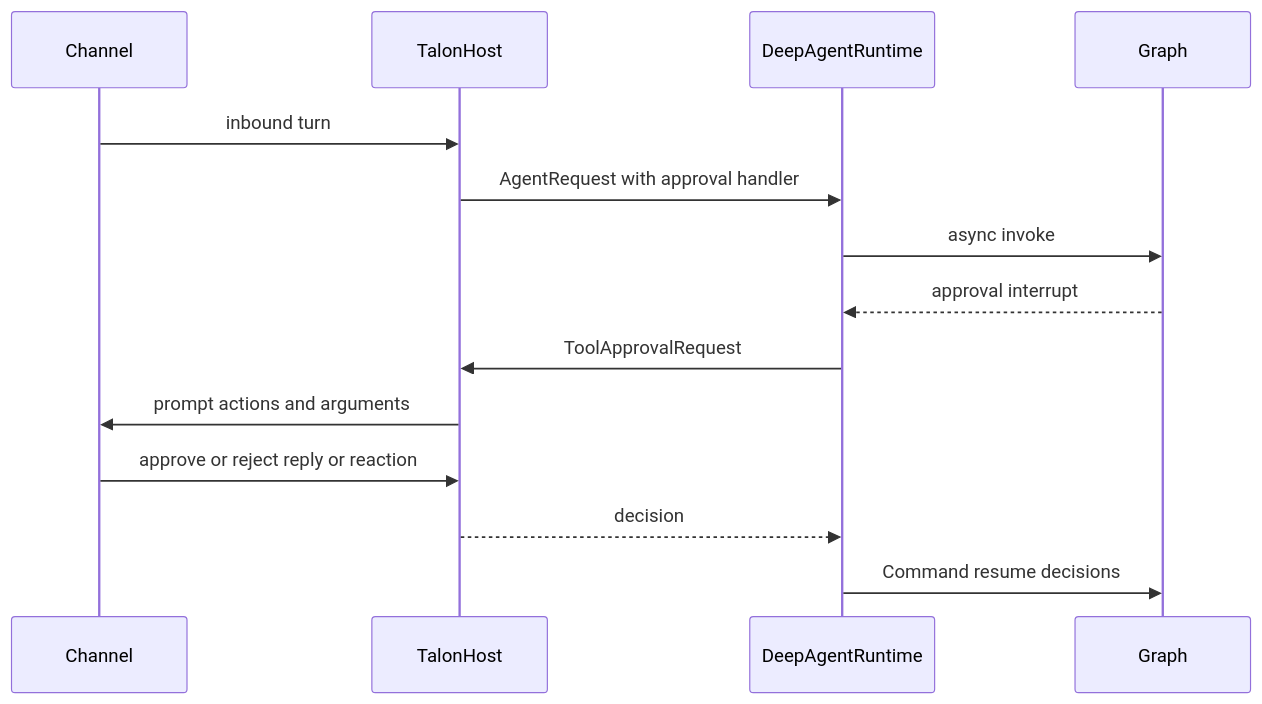
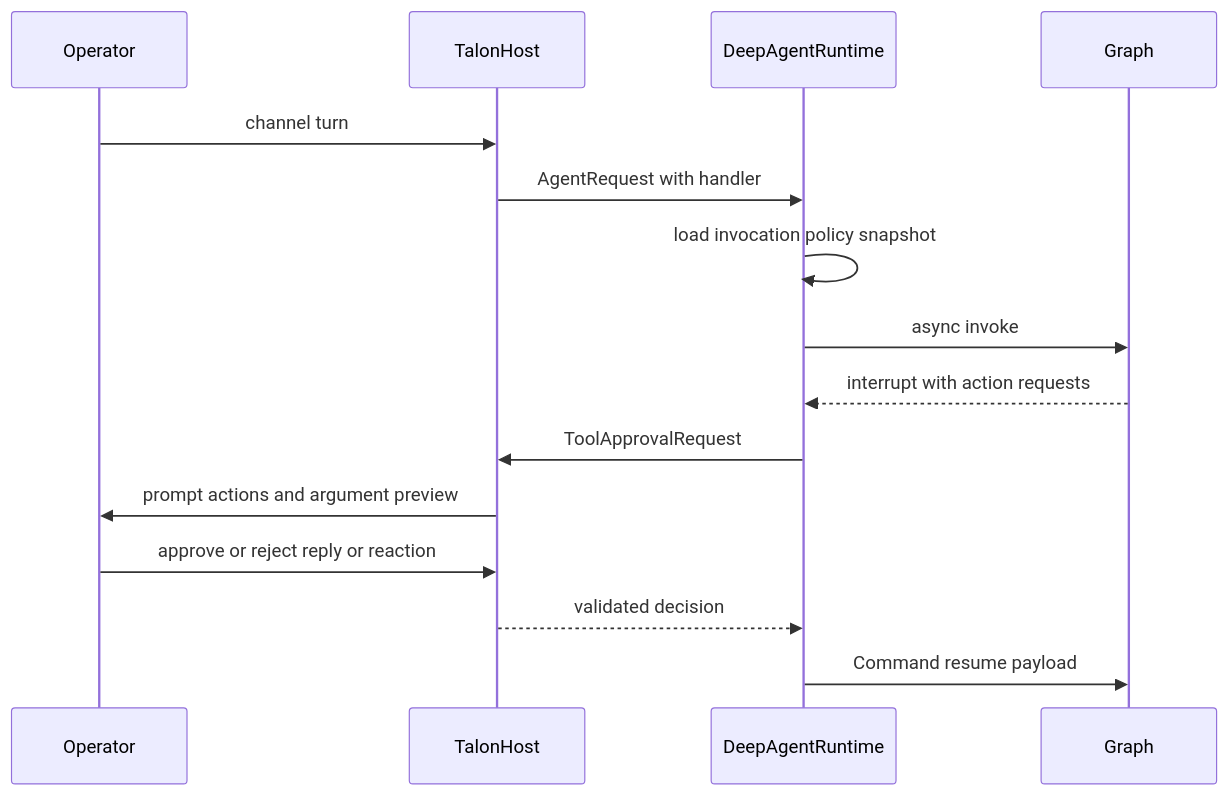
One commit to langchain-ai/deepagents changed the second of 2 diagrams in openwiki/concepts/permissions-hitl.md. Above: the diagram before and after it, drawn with Mermaid. The commit also changed other lines of this file and 56 other files, not shown here.

````diff
--- a/openwiki/concepts/permissions-hitl.md
+++ b/openwiki/concepts/permissions-hitl.md
@@ -123,16 +129,17 @@
 ```mermaid
 sequenceDiagram
-    participant Channel
+    participant Operator
     participant Host as TalonHost
     participant Runtime as DeepAgentRuntime
     participant Graph
-    Channel->>Host: inbound turn
-    Host->>Runtime: AgentRequest with approval handler
+    Operator->>Host: channel turn
+    Host->>Runtime: AgentRequest with handler
+    Runtime->>Runtime: load invocation policy snapshot
     Runtime->>Graph: async invoke
-    Graph-->>Runtime: approval interrupt
+    Graph-->>Runtime: interrupt with action requests
     Runtime->>Host: ToolApprovalRequest
-    Host->>Channel: prompt actions and arguments
-    Channel->>Host: approve or reject reply or reaction
-    Host-->>Runtime: decision
-    Runtime->>Graph: Command resume decisions
+    Host->>Operator: prompt actions and argument preview
+    Operator->>Host: approve or reject reply or reaction
+    Host-->>Runtime: validated decision
+    Runtime->>Graph: Command resume payload
 ```
````
